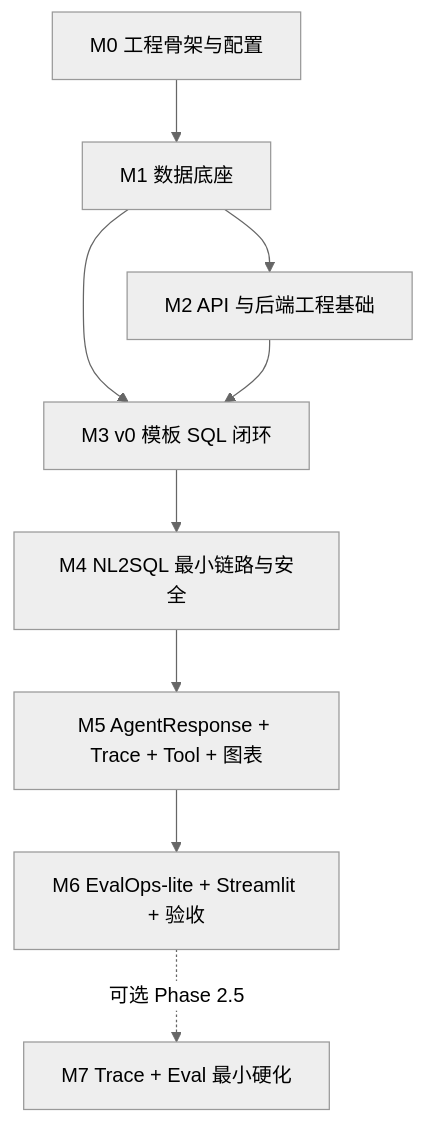
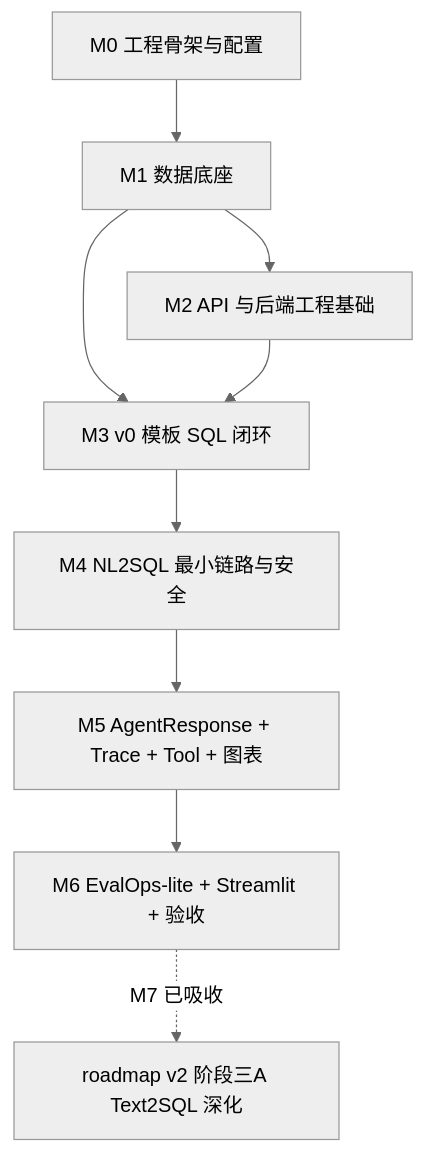
The diagram in docs/phase2-plan.md (Stephen2366/data-pilot), drawn with Mermaid (neutral theme) before and after one commit. The commit also changed other lines of this file and 5 other files, not shown here.

````diff
--- a/docs/phase2-plan.md
+++ b/docs/phase2-plan.md
@@ -529,11 +498,11 @@
 ```mermaid
 flowchart TD
   M0["M0 工程骨架与配置"] --> M1["M1 数据底座"]
   M1 --> M2["M2 API 与后端工程基础"]
   M1 --> M3["M3 v0 模板 SQL 闭环"]
   M2 --> M3
   M3 --> M4["M4 NL2SQL 最小链路与安全"]
   M4 --> M5["M5 AgentResponse + Trace + Tool + 图表"]
   M5 --> M6["M6 EvalOps-lite + Streamlit + 验收"]
-  M6 -. "可选 Phase 2.5" .-> M7["M7 Trace + Eval 最小硬化"]
+  M6 -. "M7 已吸收" .-> S3A["roadmap v2 阶段三A Text2SQL 深化"]
 ```
````
